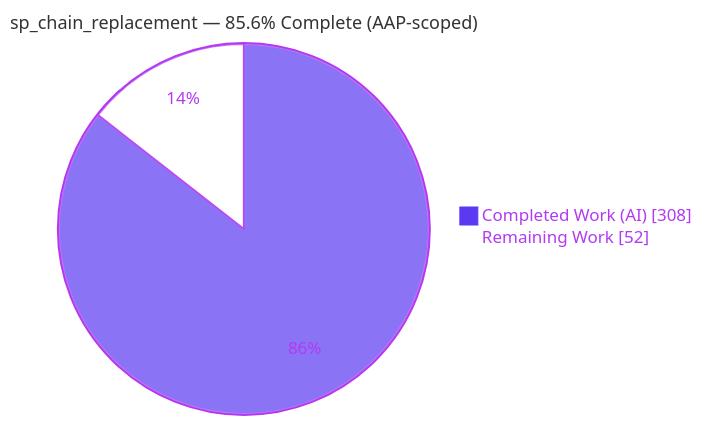
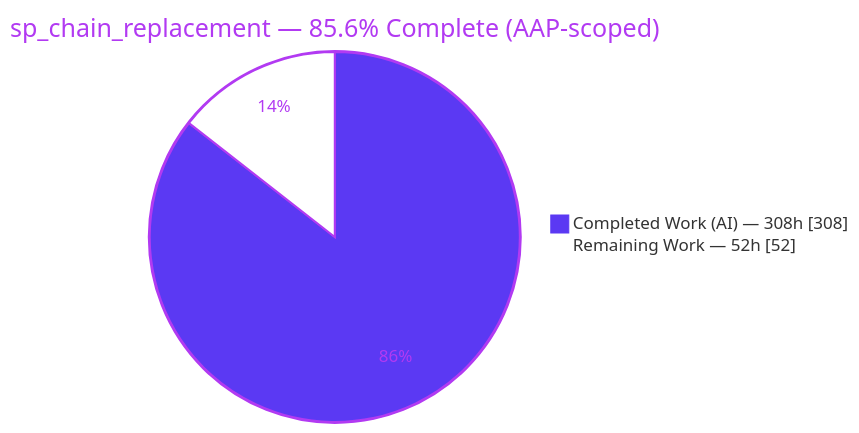
One commit to blitzy-public-samples/blitzy-delta-format changed the first of 3 diagrams in blitzy/documentation/Project Guide.md. Above: the diagram before and after it, drawn with Mermaid. The commit also changed other lines of this file, not shown here.

Commit message:
Adding Blitzy Project Guide: Project Status and Human Tasks Remaining

````diff
--- a/blitzy/documentation/Project Guide.md
+++ b/blitzy/documentation/Project Guide.md
@@ -18,6 +26,6 @@
 ```mermaid
-%%{init: {'theme':'base', 'themeVariables': {'pie1':'#5B39F3','pie2':'#FFFFFF','pieStrokeColor':'#B23AF2','pieOuterStrokeColor':'#B23AF2','pieSectionTextColor':'#B23AF2','pieTitleTextSize':'18px','pieLegendTextColor':'#B23AF2'}}}%%
+%%{init: {'theme':'base','themeVariables':{'pie1':'#5B39F3','pie2':'#FFFFFF','pieStrokeColor':'#B23AF2','pieOuterStrokeColor':'#B23AF2','pieTitleTextColor':'#B23AF2','pieSectionTextColor':'#B23AF2','pieOpacity':'1'}}}%%
 pie showData title sp_chain_replacement — 85.6% Complete (AAP-scoped)
-    "Completed Work (AI)" : 308
-    "Remaining Work" : 52
+    "Completed Work (AI) — 308h" : 308
+    "Remaining Work — 52h" : 52
 ```
````
